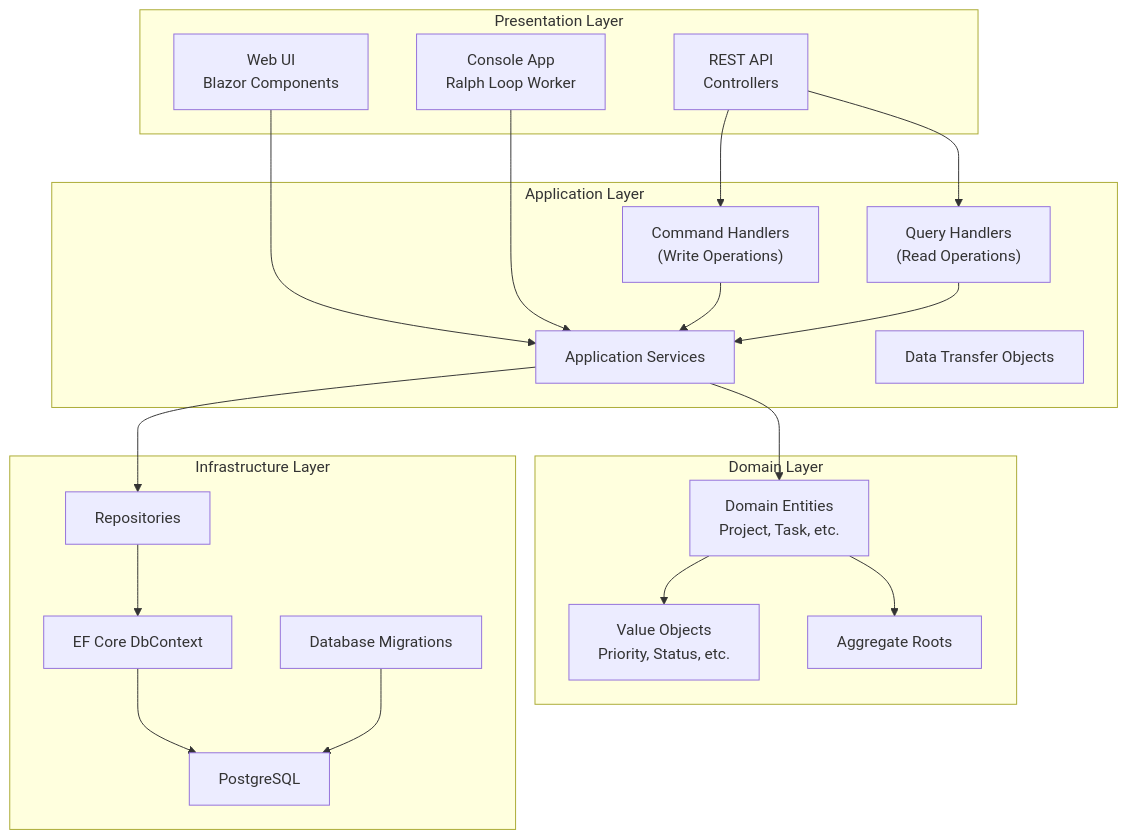
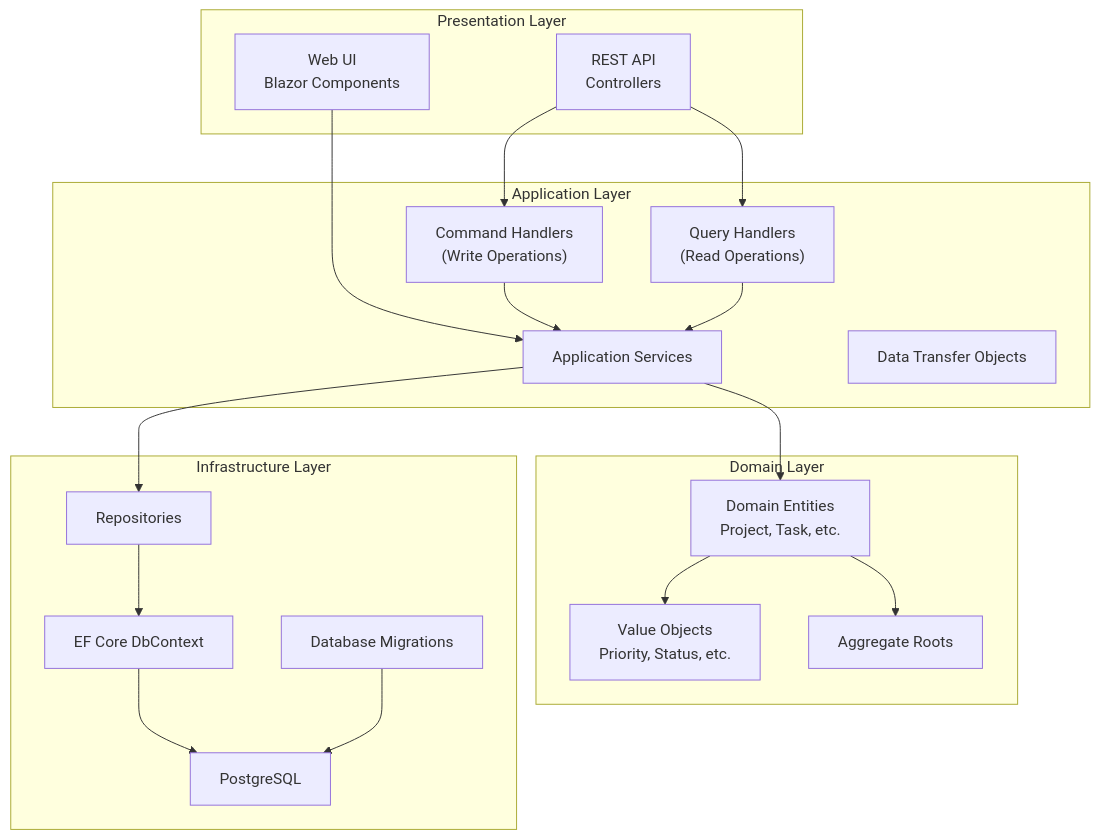
The seventh of 23 diagrams in docs/architecture-diagrams.md (MarcelRoozekrans/Daedalus.NET), drawn with Mermaid before and after one commit. The commit also changed other lines of this file and 8 other files, not shown here.

First line of the commit message:
docs: describe manufacturing a task and retire the Ralph and Console documentation

````diff
--- a/docs/architecture-diagrams.md
+++ b/docs/architecture-diagrams.md
@@ -767,46 +608,44 @@
 ```mermaid
 graph TB
     subgraph "Presentation Layer"
         API["REST API<br/>Controllers"]
         WEB["Web UI<br/>Blazor Components"]
-        CONSOLE["Console App<br/>Ralph Loop Worker"]
     end
 
     subgraph "Application Layer"
         COMMANDS["Command Handlers<br/>(Write Operations)"]
         QUERIES["Query Handlers<br/>(Read Operations)"]
         SERVICES["Application Services"]
         DTOs["Data Transfer Objects"]
     end
 
     subgraph "Domain Layer"
         ENTITIES["Domain Entities<br/>Project, Task, etc."]
         VALUEOBJECTS["Value Objects<br/>Priority, Status, etc."]
         AGGROOT["Aggregate Roots"]
     end
 
     subgraph "Infrastructure Layer"
         DBCONTEXT["EF Core DbContext"]
         REPOSITORIES["Repositories"]
         MIGRATION["Database Migrations"]
         PERSISTENCE["PostgreSQL"]
     end
 
     API --> COMMANDS
     API --> QUERIES
     WEB --> SERVICES
-    CONSOLE --> SERVICES
 
     COMMANDS --> SERVICES
     QUERIES --> SERVICES
 
     SERVICES --> REPOSITORIES
     SERVICES --> ENTITIES
 
     REPOSITORIES --> DBCONTEXT
     ENTITIES --> VALUEOBJECTS
     ENTITIES --> AGGROOT
 
     DBCONTEXT --> PERSISTENCE
     MIGRATION --> PERSISTENCE
 ```
````
